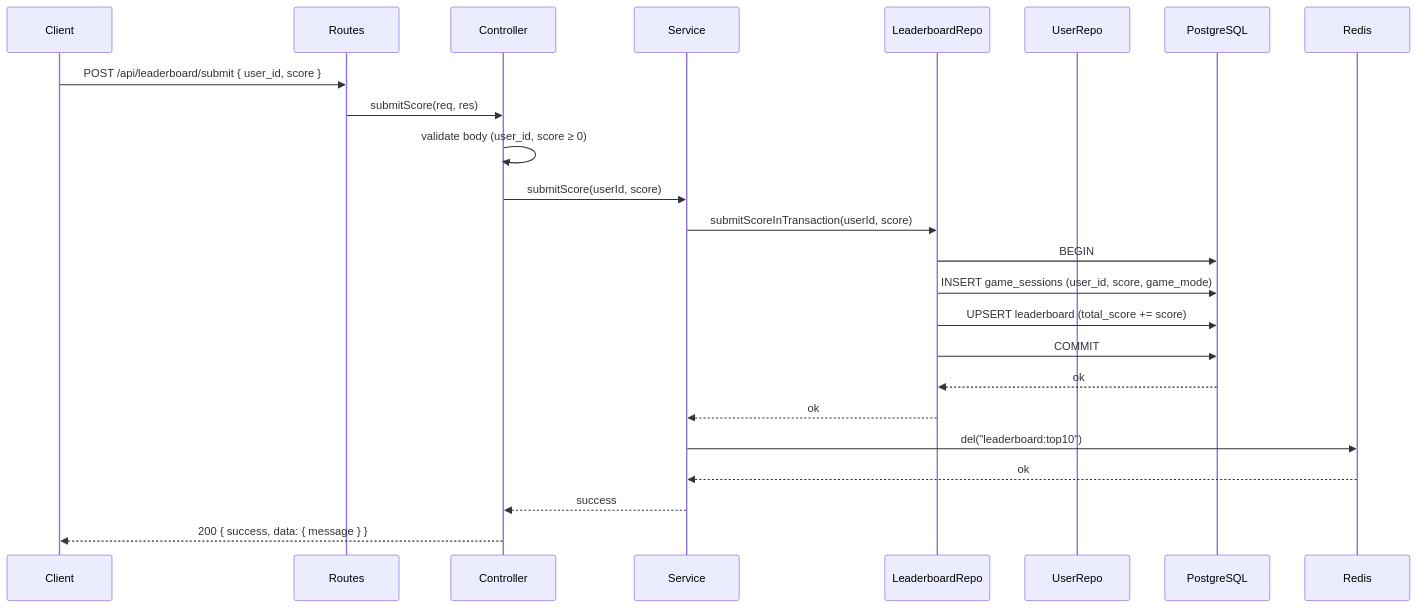
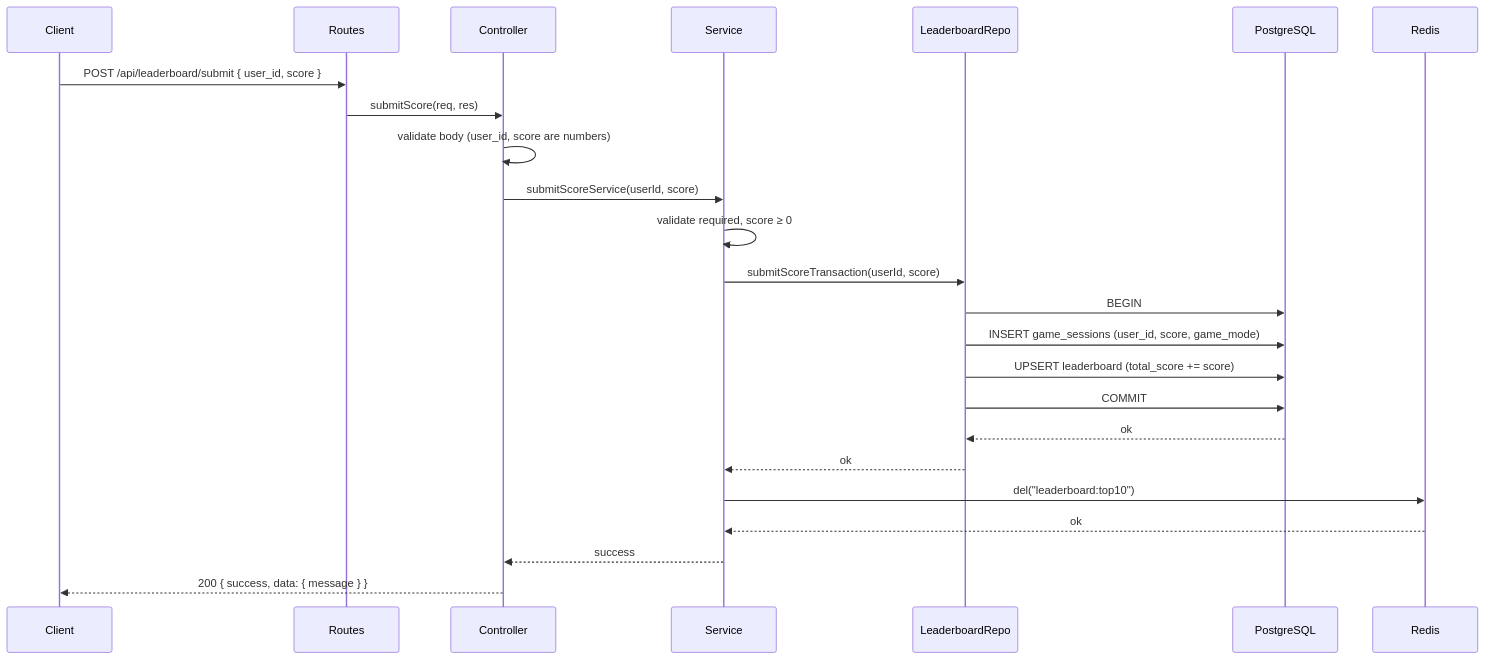
The fourth of 10 diagrams in docs/SYSTEM_DESIGN_DIAGRAMS.md (StayTrash/gaming-leaderboard), drawn with Mermaid before and after one commit. The commit also changed other lines of this file, not shown here.

Commit message:
update system design diagrams

````diff
--- a/docs/SYSTEM_DESIGN_DIAGRAMS.md
+++ b/docs/SYSTEM_DESIGN_DIAGRAMS.md
@@ -168,30 +171,30 @@
 ```mermaid
 sequenceDiagram
     participant Client
     participant Routes
     participant Controller
     participant Service
     participant LeaderboardRepo
-    participant UserRepo
     participant PG as PostgreSQL
     participant Redis
 
     Client->>Routes: POST /api/leaderboard/submit { user_id, score }
     Routes->>Controller: submitScore(req, res)
-    Controller->>Controller: validate body (user_id, score ≥ 0)
-    Controller->>Service: submitScore(userId, score)
+    Controller->>Controller: validate body (user_id, score are numbers)
+    Controller->>Service: submitScoreService(userId, score)
 
-    Service->>LeaderboardRepo: submitScoreInTransaction(userId, score)
+    Service->>Service: validate required, score ≥ 0
+    Service->>LeaderboardRepo: submitScoreTransaction(userId, score)
     LeaderboardRepo->>PG: BEGIN
     LeaderboardRepo->>PG: INSERT game_sessions (user_id, score, game_mode)
     LeaderboardRepo->>PG: UPSERT leaderboard (total_score += score)
     LeaderboardRepo->>PG: COMMIT
     PG-->>LeaderboardRepo: ok
     LeaderboardRepo-->>Service: ok
 
     Service->>Redis: del("leaderboard:top10")
     Redis-->>Service: ok
 
     Service-->>Controller: success
     Controller-->>Client: 200 { success, data: { message } }
 ```
````
